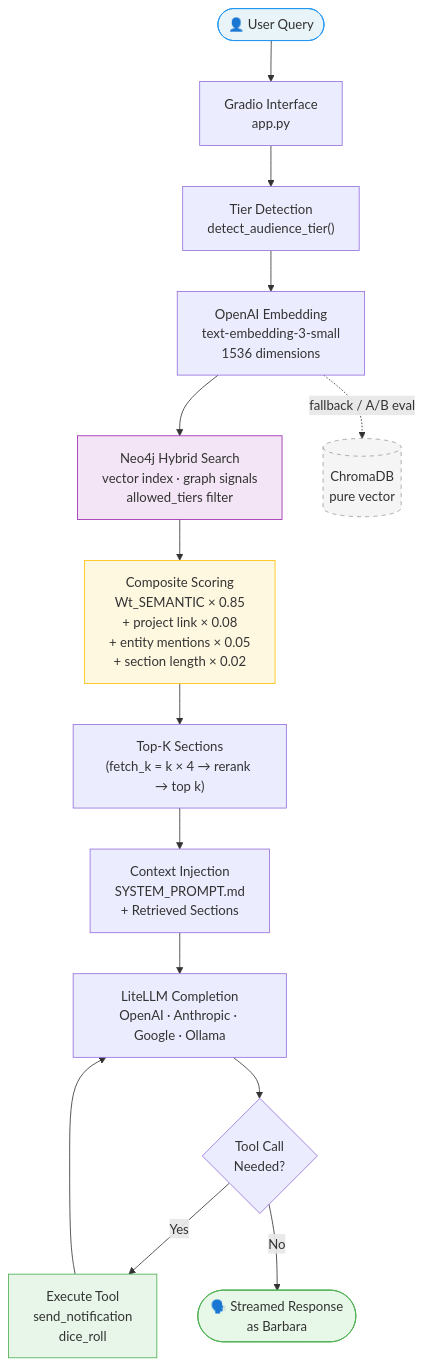
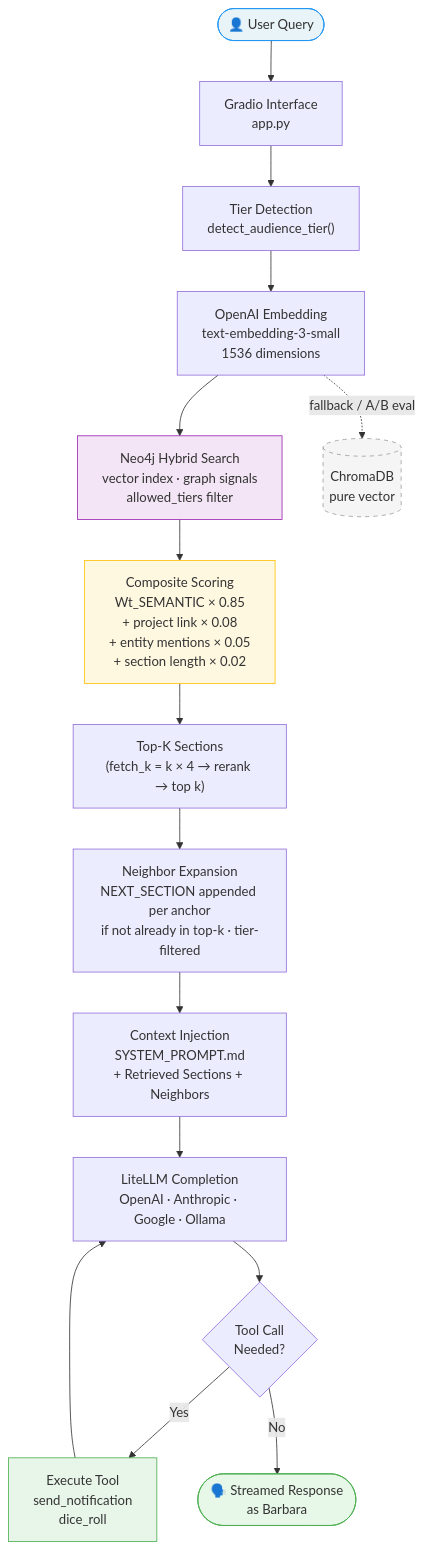
Before and after one commit to dagny099/barbs-digital-twin: the first of 3 diagrams in mkdocs-docs/architecture/system-overview.md, drawn with Mermaid. The commit also changed other lines of this file and 14 other files, not shown here.

Commit message:
fixed documentation to reflect neighbor section retrieved in Neo4j pipeline

````diff
--- a/mkdocs-docs/architecture/system-overview.md
+++ b/mkdocs-docs/architecture/system-overview.md
@@ -17,26 +17,27 @@
 ```mermaid
 flowchart TD
     A(["👤 User Query"]) --> B["Gradio Interface\napp.py"]
     B --> C["Tier Detection\ndetect_audience_tier()"]
     C --> D["OpenAI Embedding\ntext-embedding-3-small\n1536 dimensions"]
 
     D --> E["Neo4j Hybrid Search\nvector index · graph signals\nallowed_tiers filter"]
     D -.->|"fallback / A/B eval"| L[("ChromaDB\npure vector")]
 
     E --> F["Composite Scoring\nWt_SEMANTIC × 0.85\n+ project link × 0.08\n+ entity mentions × 0.05\n+ section length × 0.02"]
     F --> G["Top-K Sections\n(fetch_k = k × 4 → rerank → top k)"]
+    G --> N["Neighbor Expansion\nNEXT_SECTION appended per anchor\nif not already in top-k · tier-filtered"]
 
-    G --> H["Context Injection\nSYSTEM_PROMPT.md\n+ Retrieved Sections"]
+    N --> H["Context Injection\nSYSTEM_PROMPT.md\n+ Retrieved Sections + Neighbors"]
     H --> I["LiteLLM Completion\nOpenAI · Anthropic · Google · Ollama"]
     I --> J{Tool Call\nNeeded?}
     J -->|"Yes"| K["Execute Tool\nsend_notification\ndice_roll"]
     K --> I
     J -->|"No"| M(["🗣️ Streamed Response\nas Barbara"])
 
     style A fill:#e8f4f8,stroke:#2196F3
     style M fill:#e8f8e8,stroke:#4CAF50
     style F fill:#fff8e1,stroke:#FFC107
     style E fill:#f3e5f5,stroke:#9C27B0
     style L fill:#f5f5f5,stroke:#9E9E9E,stroke-dasharray: 5 5
     style K fill:#e8f5e9,stroke:#4CAF50
 ```
````
